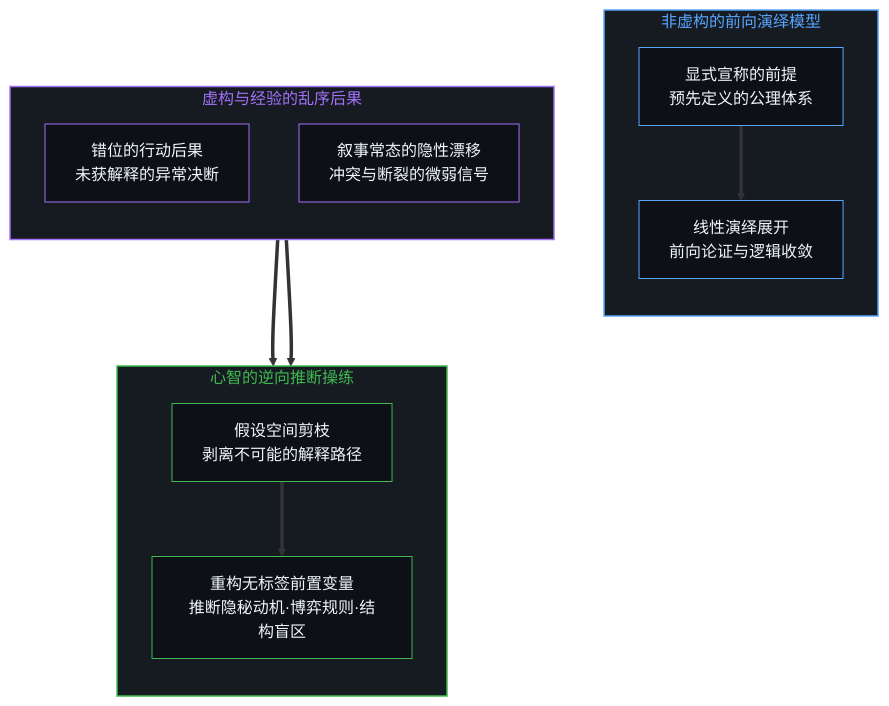
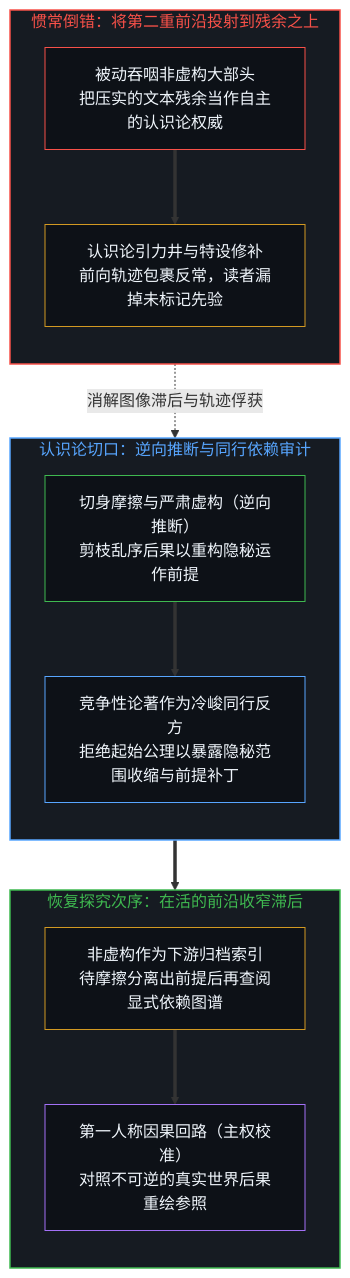
One commit to powerpig99/not-a-toe changed the first of 2 diagrams in content/posts/the-inversion-of-reading-and-the-order-of-inference.md. Above: the diagram before and after it, drawn with Mermaid. The commit also changed other lines of this file and 1 other file, not shown here.

Commit message:
Refine L2 #168: the-inversion-of-reading-and-the-order-of-inference (Wave 3)

````diff
--- a/content/posts/the-inversion-of-reading-and-the-order-of-inference.md
+++ b/content/posts/the-inversion-of-reading-and-the-order-of-inference.md
@@ -127,35 +53,36 @@
 ```mermaid
-graph TD
-    subgraph S_DEDUCT["非虚构的前向演绎模型"]
+flowchart TD
+    subgraph S_LAG["惯常倒错：将第二重前沿投射到残余之上"]
         direction TB
-        N_DECLARED["显式宣称的前提<br/>预先定义的公理体系"]
-        N_LINEAR["线性演绎展开<br/>前向论证与逻辑收敛"]
-        N_DECLARED ==> N_LINEAR
+        N_REV["被动吞咽非虚构大部头<br/>把压实的文本残余当作自主的认识论权威"]
+        N_WELL["认识论引力井与特设修补<br/>前向轨迹包裹反常，读者漏掉未标记先验"]
+        N_REV ==> N_WELL
     end
 
-    subgraph S_DISORDER["虚构与经验的乱序后果"]
+    subgraph S_CUT["认识论切口：逆向推断与同行依赖审计"]
         direction TB
-        N_EVENT["错位的行动后果<br/>未获解释的异常决断"]
-        N_SHIFT["叙事常态的隐性漂移<br/>冲突与断裂的微弱信号"]
+        N_BACK["切身摩擦与严肃虚构（逆向推断）<br/>剪枝乱序后果以重构隐秘运作前提"]
+        N_COMP["竞争性论著作为冷峻同行反方<br/>拒绝起始公理以暴露隐秘范围收缩与前提补丁"]
+        N_BACK ==> N_COMP
     end
 
-    subgraph S_INFER["心智的逆向推断操练"]
+    subgraph S_ORDER["恢复探究次序：在活的前沿收窄滞后"]
         direction TB
-        N_PRUNE["假设空间剪枝<br/>剥离不可能的解释路径"]
-        N_RECON["重构无标签前置变量<br/>推断隐秘动机·博弈规则·结构盲区"]
-        N_PRUNE ==> N_RECON
+        N_INDEX["非虚构作为下游归档索引<br/>待摩擦分离出前提后再查阅显式依赖图谱"]
+        N_EDGE["第一人称因果回路（主权校准）<br/>对照不可逆的真实世界后果重绘参照"]
+        N_INDEX ==> N_EDGE
     end
 
-    N_EVENT ==> N_PRUNE
-    N_SHIFT ==> N_PRUNE
+    N_WELL -. "消解图像滞后与轨迹俘获" .-> N_BACK
+    N_COMP ==> N_INDEX
 
-    style S_DEDUCT fill:#161b22,stroke:#58a6ff,stroke-width:1.5px,color:#58a6ff
-    style S_DISORDER fill:#161b22,stroke:#a371f7,stroke-width:1.5px,color:#a371f7
-    style S_INFER fill:#161b22,stroke:#3fb950,stroke-width:1.5px,color:#3fb950
-    style N_DECLARED fill:#0d1117,stroke:#58a6ff,stroke-width:1px,color:#f0f6fc
-    style N_LINEAR fill:#0d1117,stroke:#58a6ff,stroke-width:1px,color:#f0f6fc
-    style N_EVENT fill:#0d1117,stroke:#a371f7,stroke-width:1px,color:#f0f6fc
-    style N_SHIFT fill:#0d1117,stroke:#a371f7,stroke-width:1px,color:#f0f6fc
-    style N_PRUNE fill:#0d1117,stroke:#3fb950,stroke-width:1px,color:#f0f6fc
-    style N_RECON fill:#0d1117,stroke:#3fb950,stroke-width:1px,color:#f0f6fc
+    style S_LAG fill:#161b22,stroke:#f85149,stroke-width:1.5px,color:#f85149
+    style S_CUT fill:#161b22,stroke:#58a6ff,stroke-width:1.5px,color:#58a6ff
+    style S_ORDER fill:#161b22,stroke:#3fb950,stroke-width:1.5px,color:#3fb950
+    style N_REV fill:#0d1117,stroke:#f85149,stroke-width:1px,color:#f0f6fc
+    style N_WELL fill:#0d1117,stroke:#d29922,stroke-width:1px,color:#f0f6fc
+    style N_BACK fill:#0d1117,stroke:#3fb950,stroke-width:1px,color:#f0f6fc
+    style N_COMP fill:#0d1117,stroke:#58a6ff,stroke-width:1px,color:#f0f6fc
+    style N_INDEX fill:#0d1117,stroke:#d29922,stroke-width:1px,color:#f0f6fc
+    style N_EDGE fill:#0d1117,stroke:#a371f7,stroke-width:1px,color:#f0f6fc
 ```
````
